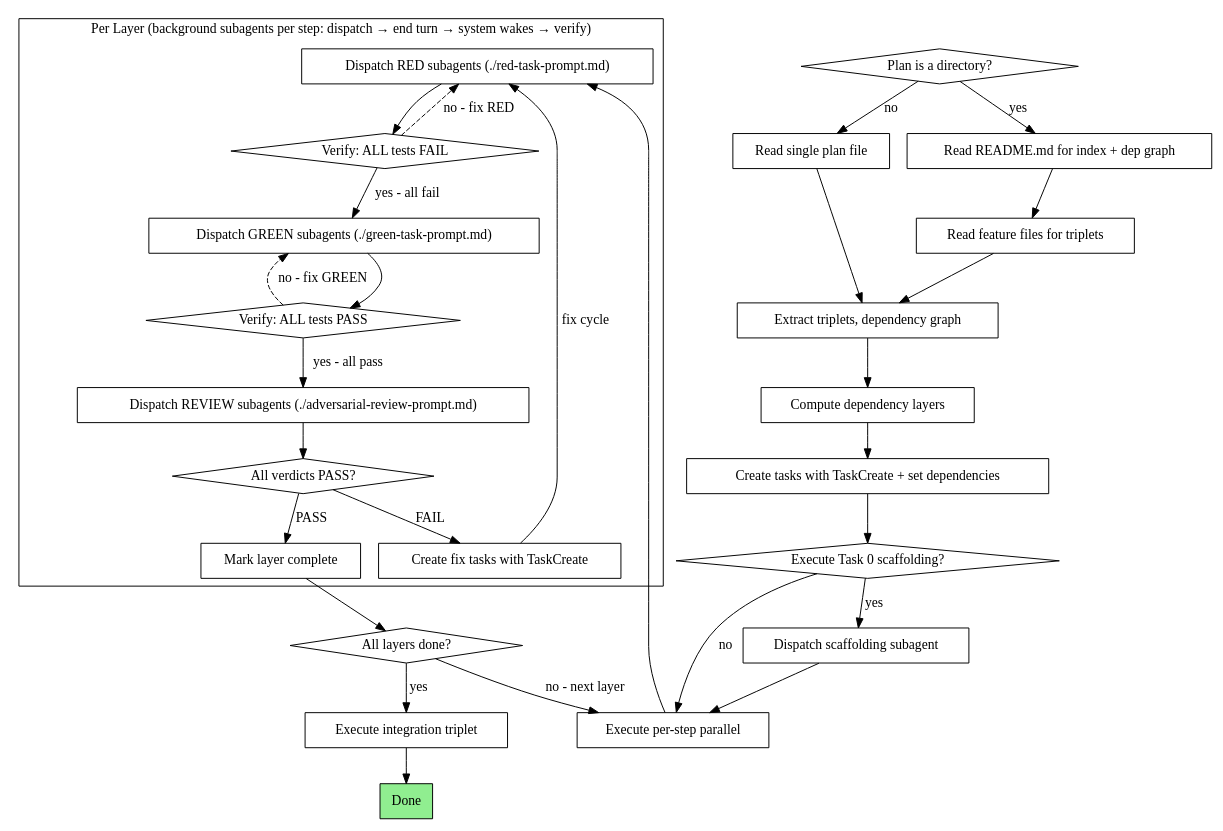
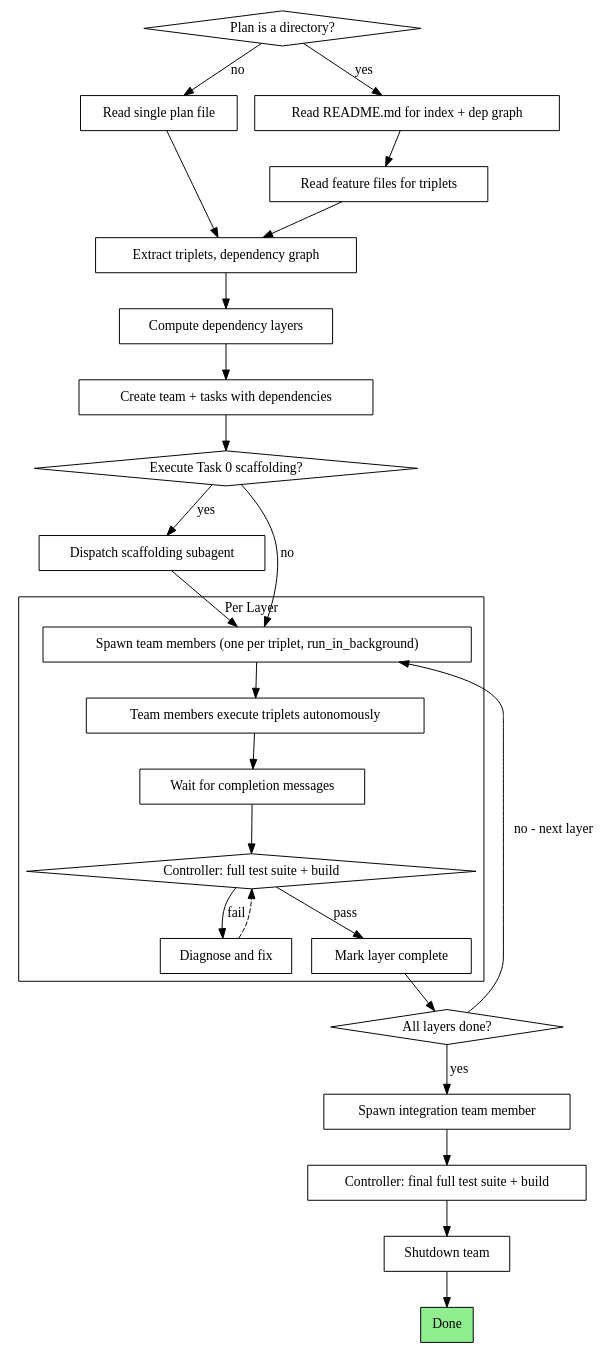
Before and after one commit to Dethon/ai-dev-flow: the second of 2 diagrams in skills/executing-tdd-plans/SKILL.md, drawn with Graphviz. The commit also changed other lines of this file and 1 other file, not shown here.

Commit message:
Add triplet runner team member prompt template for executing TDD cycles

````diff
--- a/skills/executing-tdd-plans/SKILL.md
+++ b/skills/executing-tdd-plans/SKILL.md
@@ -38,61 +38,57 @@
 ```dot
 digraph process {
     rankdir=TB;
 
     "Plan is a directory?" [shape=diamond];
     "Read single plan file" [shape=box];
     "Read README.md for index + dep graph" [shape=box];
     "Read feature files for triplets" [shape=box];
     "Extract triplets, dependency graph" [shape=box];
     "Compute dependency layers" [shape=box];
-    "Create tasks with TaskCreate + set dependencies" [shape=box];
+    "Create team + tasks with dependencies" [shape=box];
     "Execute Task 0 scaffolding?" [shape=diamond];
     "Dispatch scaffolding subagent" [shape=box];
-    "Execute per-step parallel" [shape=box];
 
     subgraph cluster_per_layer {
-        label="Per Layer (background subagents per step: dispatch → end turn → system wakes → verify)";
-        "Dispatch RED subagents (./red-task-prompt.md)" [shape=box];
-        "Verify: ALL tests FAIL" [shape=diamond];
-        "Dispatch GREEN subagents (./green-task-prompt.md)" [shape=box];
-        "Verify: ALL tests PASS" [shape=diamond];
-        "Dispatch REVIEW subagents (./adversarial-review-prompt.md)" [shape=box];
-        "All verdicts PASS?" [shape=diamond];
-        "Create fix tasks with TaskCreate" [shape=box];
+        label="Per Layer";
+        "Spawn team members (one per triplet, run_in_background)" [shape=box];
+        "Team members execute triplets autonomously" [shape=box];
+        "Wait for completion messages" [shape=box];
+        "Controller: full test suite + build" [shape=diamond];
+        "Diagnose and fix" [shape=box];
         "Mark layer complete" [shape=box];
     }
 
     "All layers done?" [shape=diamond];
-    "Execute integration triplet" [shape=box];
+    "Spawn integration team member" [shape=box];
+    "Controller: final full test suite + build" [shape=box];
+    "Shutdown team" [shape=box];
     "Done" [shape=box, style=filled, fillcolor=lightgreen];
 
     "Plan is a directory?" -> "Read README.md for index + dep graph" [label="yes"];
     "Plan is a directory?" -> "Read single plan file" [label="no"];
     "Read README.md for index + dep graph" -> "Read feature files for triplets";
     "Read feature files for triplets" -> "Extract triplets, dependency graph";
     "Read single plan file" -> "Extract triplets, dependency graph";
     "Extract triplets, dependency graph" -> "Compute dependency layers";
-    "Compute dependency layers" -> "Create tasks with TaskCreate + set dependencies";
-    "Create tasks with TaskCreate + set dependencies" -> "Execute Task 0 scaffolding?";
+    "Compute dependency layers" -> "Create team + tasks with dependencies";
+    "Create team + tasks with dependencies" -> "Execute Task 0 scaffolding?";
     "Execute Task 0 scaffolding?" -> "Dispatch scaffolding subagent" [label="yes"];
-    "Execute Task 0 scaffolding?" -> "Execute per-step parallel" [label="no"];
-    "Dispatch scaffolding subagent" -> "Execute per-step parallel";
+    "Execute Task 0 scaffolding?" -> "Spawn team members (one per triplet, run_in_background)" [label="no"];
+    "Dispatch scaffolding subagent" -> "Spawn team members (one per triplet, run_in_background)";
 
-    "Execute per-step parallel" -> "Dispatch RED subagents (./red-task-prompt.md)";
-    "Dispatch RED subagents (./red-task-prompt.md)" -> "Verify: ALL tests FAIL";
-    "Verify: ALL tests FAIL" -> "Dispatch GREEN subagents (./green-task-prompt.md)" [label="yes - all fail"];
-    "Verify: ALL tests FAIL" -> "Dispatch RED subagents (./red-task-prompt.md)" [label="no - fix RED", style=dashed];
-    "Dispatch GREEN subagents (./green-task-prompt.md)" -> "Verify: ALL tests PASS";
-    "Verify: ALL tests PASS" -> "Dispatch REVIEW subagents (./adversarial-review-prompt.md)" [label="yes - all pass"];
-    "Verify: ALL tests PASS" -> "Dispatch GREEN subagents (./green-task-prompt.md)" [label="no - fix GREEN", style=dashed];
-    "Dispatch REVIEW subagents (./adversarial-review-prompt.md)" -> "All verdicts PASS?";
-    "All verdicts PASS?" -> "Mark layer complete" [label="PASS"];
-    "All verdicts PASS?" -> "Create fix tasks with TaskCreate" [label="FAIL"];
-    "Create fix tasks with TaskCreate" -> "Dispatch RED subagents (./red-task-prompt.md)" [label="fix cycle"];
+    "Spawn team members (one per triplet, run_in_background)" -> "Team members execute triplets autonomously";
+    "Team members execute triplets autonomously" -> "Wait for completion messages";
+    "Wait for completion messages" -> "Controller: full test suite + build";
+    "Controller: full test suite + build" -> "Mark layer complete" [label="pass"];
+    "Controller: full test suite + build" -> "Diagnose and fix" [label="fail"];
+    "Diagnose and fix" -> "Controller: full test suite + build" [style=dashed];
 
     "Mark layer complete" -> "All layers done?";
-    "All layers done?" -> "Execute per-step parallel" [label="no - next layer"];
-    "All layers done?" -> "Execute integration triplet" [label="yes"];
-    "Execute integration triplet" -> "Done";
+    "All layers done?" -> "Spawn team members (one per triplet, run_in_background)" [label="no - next layer"];
+    "All layers done?" -> "Spawn integration team member" [label="yes"];
+    "Spawn integration team member" -> "Controller: final full test suite + build";
+    "Controller: final full test suite + build" -> "Shutdown team";
+    "Shutdown team" -> "Done";
 }
 ```
````
